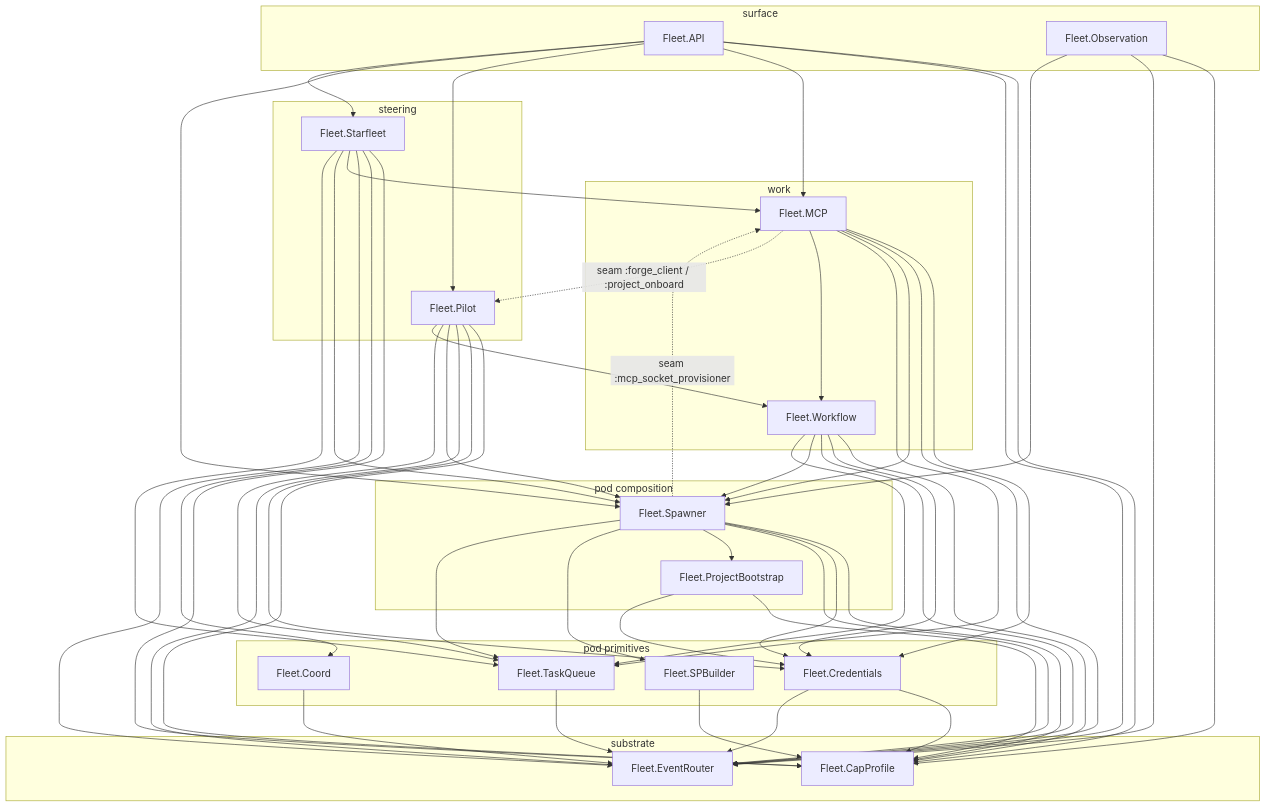
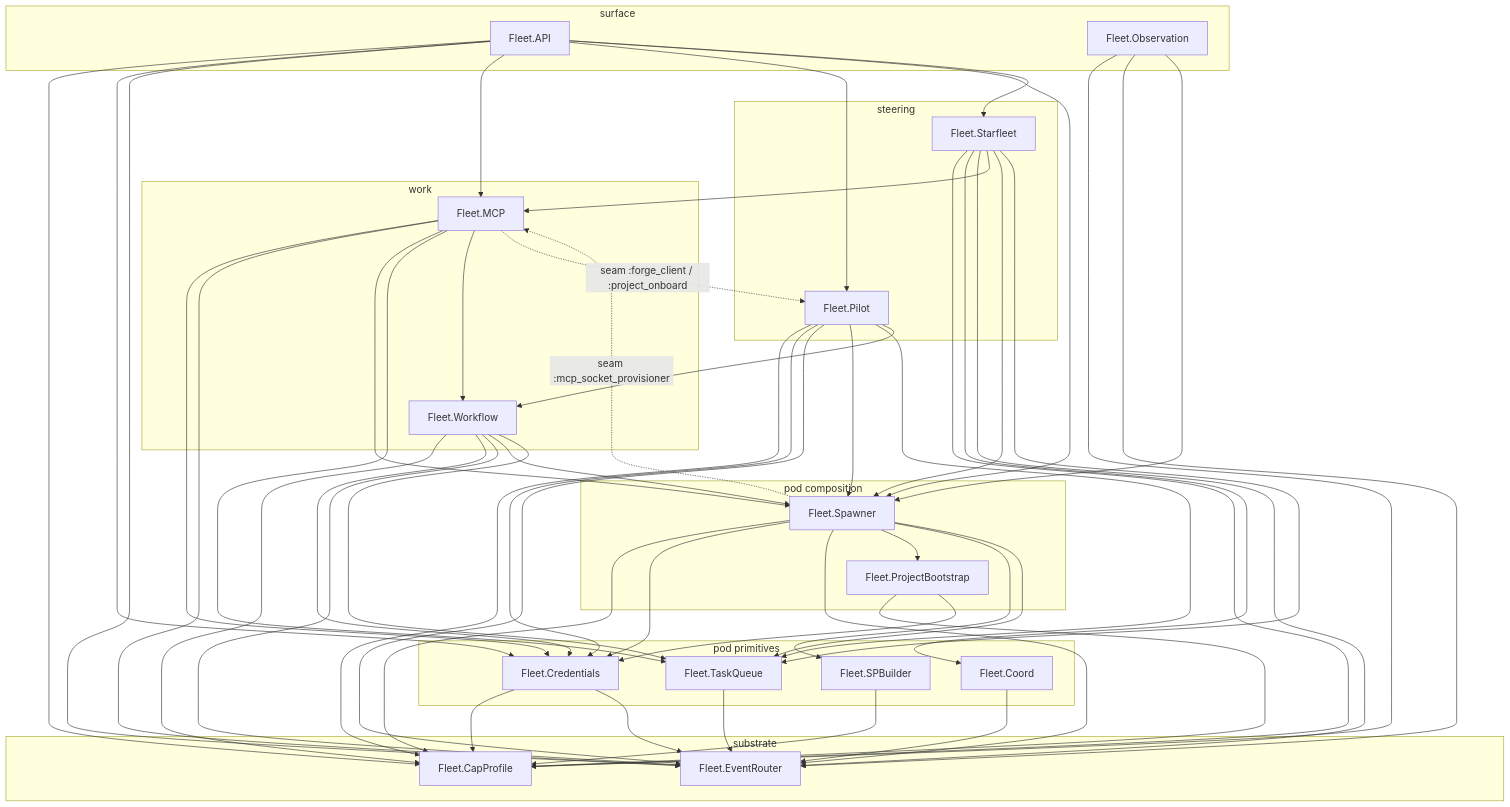
One commit to zUrp-Embedded/LCARS-fleet changed the diagram in fleet/runtime/README.md. Above: the diagram before and after it, drawn with Mermaid.

Commit message:
chore(fmea RF-18 fixup): regenerate the topology maps for the api→Credentials edge
The maps are projections of the `use Boundary` declarations (the gate refuses
divergence — working as designed): the deliberate widening added an edge.

Claude-Session: https://claude.ai/code/session_016yShMdA7376E9Ba7jzBhGn

````diff
--- a/fleet/runtime/README.md
+++ b/fleet/runtime/README.md
@@ -30,75 +30,76 @@
 ```mermaid
 flowchart TB
     subgraph surface["surface"]
         Fleet_API["Fleet.API"]
         Fleet_Observation["Fleet.Observation"]
     end
     subgraph steering["steering"]
         Fleet_Pilot["Fleet.Pilot"]
         Fleet_Starfleet["Fleet.Starfleet"]
     end
     subgraph work["work"]
         Fleet_MCP["Fleet.MCP"]
         Fleet_Workflow["Fleet.Workflow"]
     end
     subgraph pod_composition["pod composition"]
         Fleet_ProjectBootstrap["Fleet.ProjectBootstrap"]
         Fleet_Spawner["Fleet.Spawner"]
     end
     subgraph pod_primitives["pod primitives"]
         Fleet_Coord["Fleet.Coord"]
         Fleet_Credentials["Fleet.Credentials"]
         Fleet_SPBuilder["Fleet.SPBuilder"]
         Fleet_TaskQueue["Fleet.TaskQueue"]
     end
     subgraph substrate["substrate"]
         Fleet_CapProfile["Fleet.CapProfile"]
         Fleet_EventRouter["Fleet.EventRouter"]
     end
     Fleet_API --> Fleet_CapProfile
+    Fleet_API --> Fleet_Credentials
     Fleet_API --> Fleet_EventRouter
     Fleet_API --> Fleet_MCP
     Fleet_API --> Fleet_Pilot
     Fleet_API --> Fleet_Spawner
     Fleet_API --> Fleet_Starfleet
     Fleet_Coord --> Fleet_EventRouter
     Fleet_Credentials --> Fleet_CapProfile
     Fleet_Credentials --> Fleet_EventRouter
     Fleet_MCP --> Fleet_Credentials
     Fleet_MCP --> Fleet_EventRouter
     Fleet_MCP --> Fleet_Spawner
     Fleet_MCP --> Fleet_TaskQueue
     Fleet_MCP --> Fleet_Workflow
     Fleet_Observation --> Fleet_CapProfile
     Fleet_Observation --> Fleet_EventRouter
     Fleet_Observation --> Fleet_Spawner
     Fleet_Pilot --> Fleet_CapProfile
     Fleet_Pilot --> Fleet_Credentials
     Fleet_Pilot --> Fleet_EventRouter
     Fleet_Pilot --> Fleet_Spawner
     Fleet_Pilot --> Fleet_TaskQueue
     Fleet_Pilot --> Fleet_Workflow
     Fleet_ProjectBootstrap --> Fleet_CapProfile
     Fleet_ProjectBootstrap --> Fleet_Credentials
     Fleet_SPBuilder --> Fleet_CapProfile
     Fleet_Spawner --> Fleet_CapProfile
     Fleet_Spawner --> Fleet_Credentials
     Fleet_Spawner --> Fleet_EventRouter
     Fleet_Spawner --> Fleet_ProjectBootstrap
     Fleet_Spawner --> Fleet_SPBuilder
     Fleet_Spawner --> Fleet_TaskQueue
     Fleet_Starfleet --> Fleet_CapProfile
     Fleet_Starfleet --> Fleet_Coord
     Fleet_Starfleet --> Fleet_EventRouter
     Fleet_Starfleet --> Fleet_MCP
     Fleet_Starfleet --> Fleet_Spawner
     Fleet_Starfleet --> Fleet_TaskQueue
     Fleet_TaskQueue --> Fleet_EventRouter
     Fleet_Workflow --> Fleet_CapProfile
     Fleet_Workflow --> Fleet_Credentials
     Fleet_Workflow --> Fleet_EventRouter
     Fleet_Workflow --> Fleet_Spawner
     Fleet_Workflow --> Fleet_TaskQueue
     Fleet_Spawner -. "seam :mcp_socket_provisioner" .-> Fleet_MCP
     Fleet_MCP -. "seam :forge_client / :project_onboard" .-> Fleet_Pilot
 ```
````
